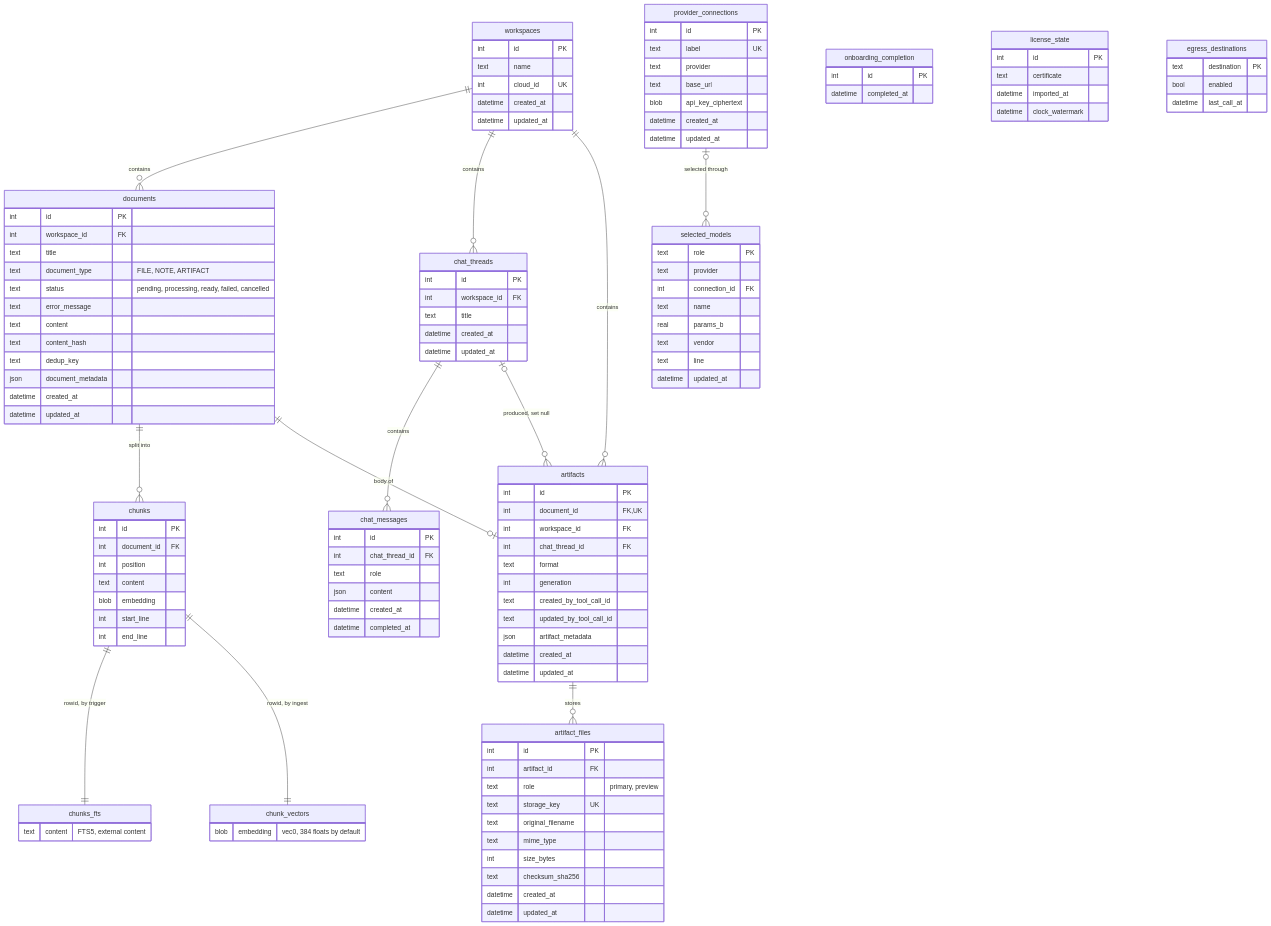
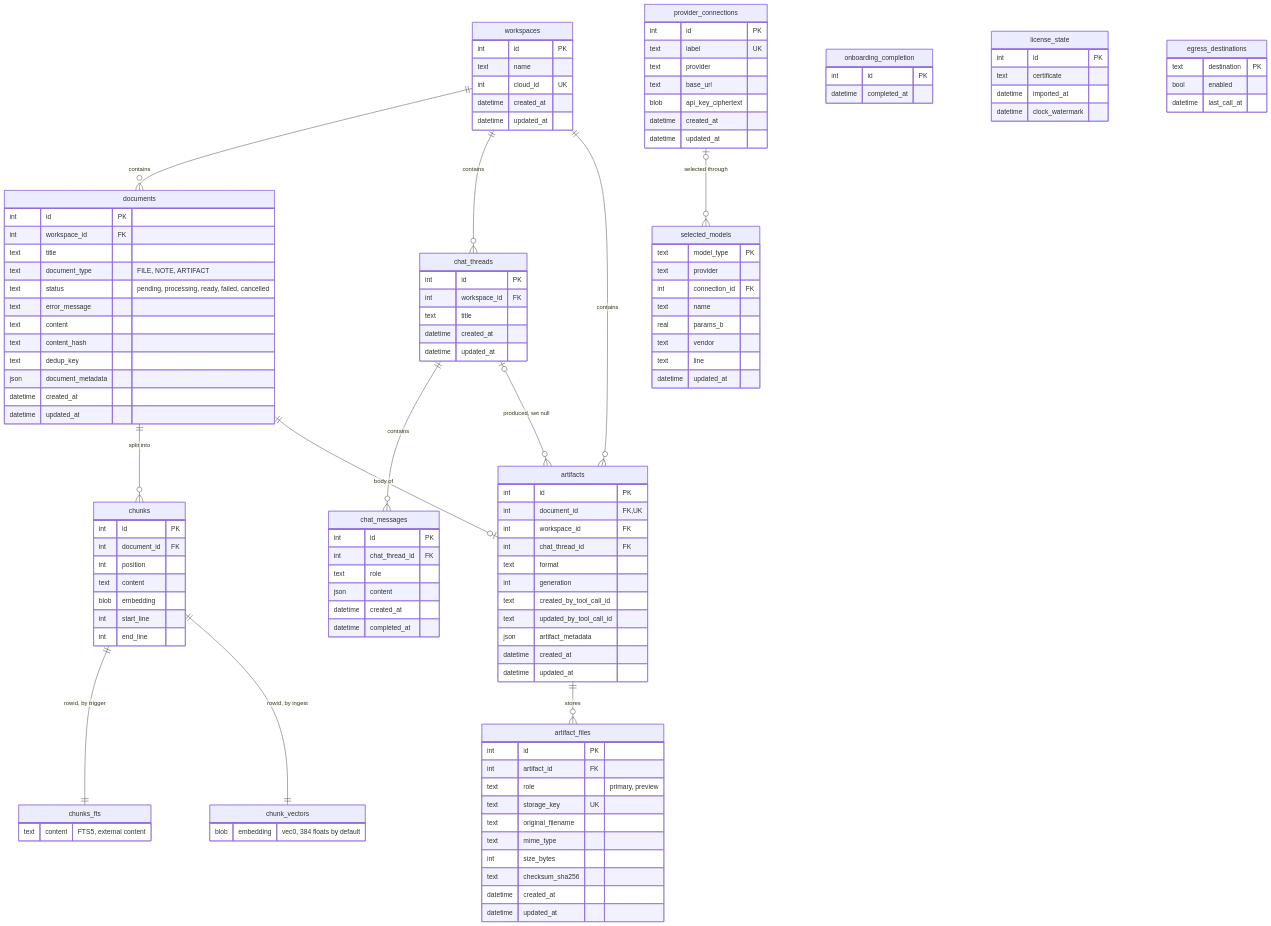
Before and after one commit to MODSetter/SurfSense: the diagram in docs/architecture/data-model.md, drawn with Mermaid. The commit also changed other lines of this file and 51 other files, not shown here.

First line of the commit message:
refactor(llm): key selections by model type, with one rule for which model fills a slot

```diff
--- a/docs/architecture/data-model.md
+++ b/docs/architecture/data-model.md
@@ -255,7 +255,7 @@
     datetime updated_at
   }
   selected_models {
-    text role PK
+    text model_type PK
     text provider
     int connection_id FK
     text name
```
